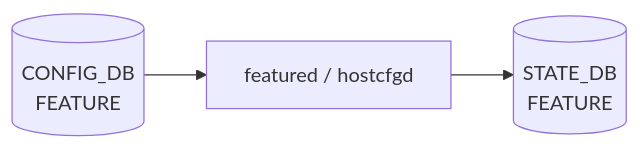
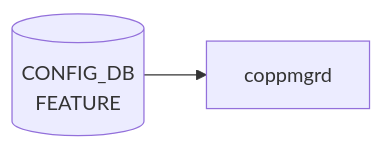
The diagram in docs/reference/config-db/feature.md (aoki-taquan/sonic-unofficial-docs), drawn with Mermaid before and after one commit. The commit also changed 93 other files, not shown here.

First line of the commit message:
fix(scripts): skip APPL_DB/STATE_DB pages in gen_cdb_mermaid

````diff
--- a/docs/reference/config-db/feature.md
+++ b/docs/reference/config-db/feature.md
@@ -30,8 +30,6 @@
 ```mermaid
 flowchart LR
   CDB[("CONFIG_DB<br/>FEATURE")]
-  DM["featured / hostcfgd"]
+  DM["coppmgrd"]
   CDB --> DM
-  SDB[("STATE_DB<br/>FEATURE")]
-  DM --> SDB
 ```
````
